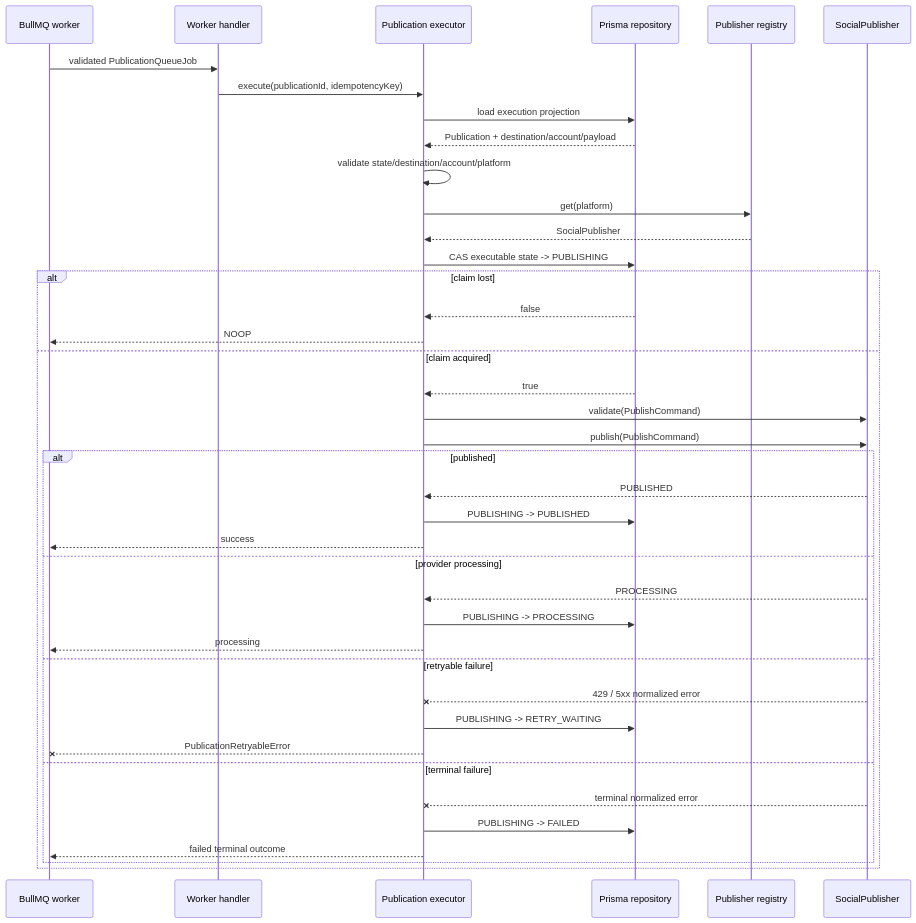
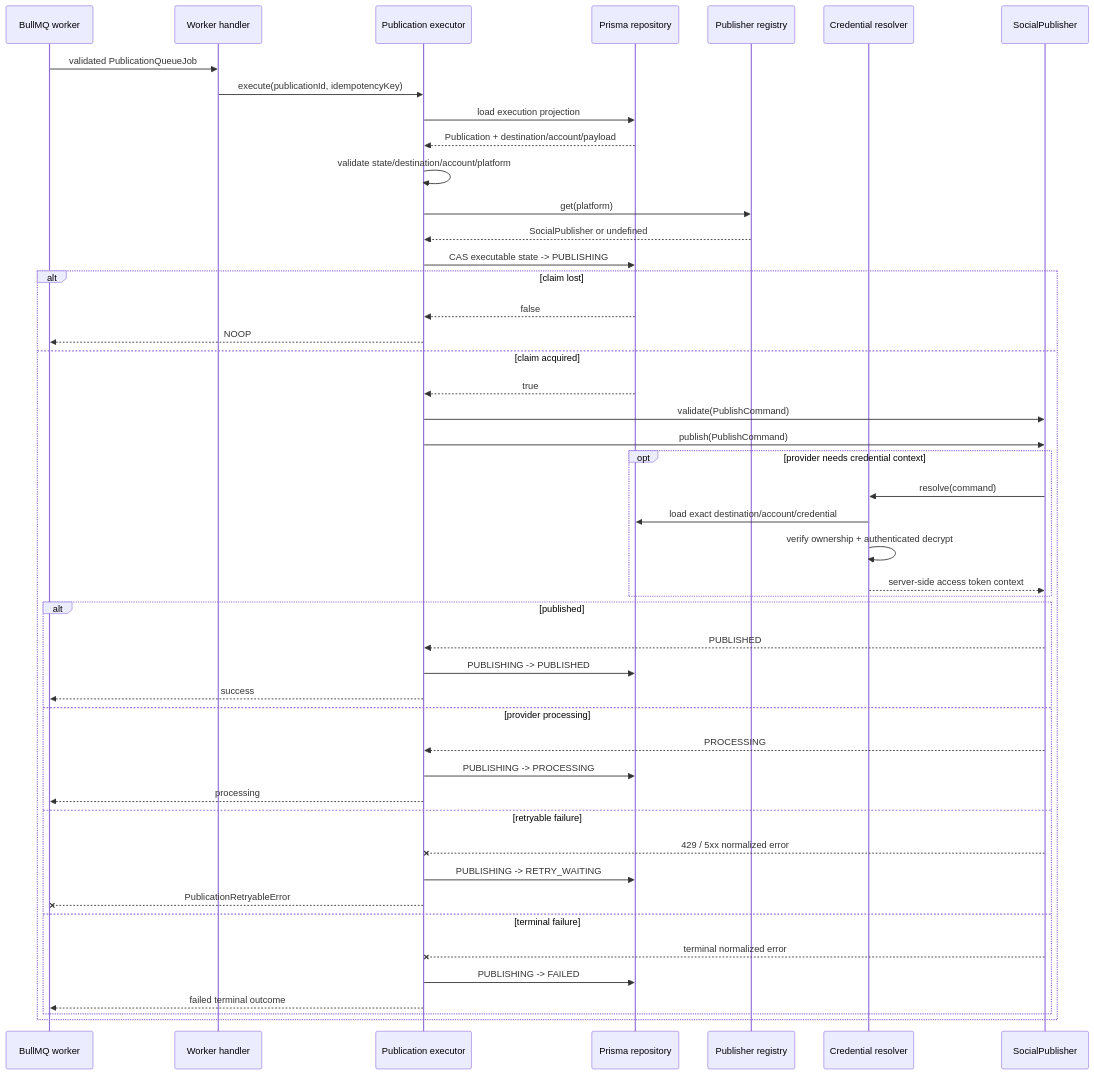
The diagram in docs/architecture/publication-execution.md (vitoo16/recruitops-platform), drawn with Mermaid before and after one commit. The commit also changed other lines of this file, not shown here.

````diff
--- a/docs/architecture/publication-execution.md
+++ b/docs/architecture/publication-execution.md
@@ -78,43 +90,50 @@
 ```mermaid
 sequenceDiagram
     participant Queue as BullMQ worker
     participant Handler as Worker handler
     participant Executor as Publication executor
     participant DB as Prisma repository
     participant Registry as Publisher registry
+    participant Resolver as Credential resolver
     participant Provider as SocialPublisher
 
     Queue->>Handler: validated PublicationQueueJob
     Handler->>Executor: execute(publicationId, idempotencyKey)
     Executor->>DB: load execution projection
     DB-->>Executor: Publication + destination/account/payload
     Executor->>Executor: validate state/destination/account/platform
     Executor->>Registry: get(platform)
-    Registry-->>Executor: SocialPublisher
+    Registry-->>Executor: SocialPublisher or undefined
     Executor->>DB: CAS executable state -> PUBLISHING
     alt claim lost
         DB-->>Executor: false
         Executor-->>Queue: NOOP
     else claim acquired
         DB-->>Executor: true
         Executor->>Provider: validate(PublishCommand)
         Executor->>Provider: publish(PublishCommand)
+        opt provider needs credential context
+            Provider->>Resolver: resolve(command)
+            Resolver->>DB: load exact destination/account/credential
+            Resolver->>Resolver: verify ownership + authenticated decrypt
+            Resolver-->>Provider: server-side access token context
+        end
         alt published
             Provider-->>Executor: PUBLISHED
             Executor->>DB: PUBLISHING -> PUBLISHED
             Executor-->>Queue: success
         else provider processing
             Provider-->>Executor: PROCESSING
             Executor->>DB: PUBLISHING -> PROCESSING
             Executor-->>Queue: processing
         else retryable failure
             Provider--xExecutor: 429 / 5xx normalized error
             Executor->>DB: PUBLISHING -> RETRY_WAITING
             Executor--xQueue: PublicationRetryableError
         else terminal failure
             Provider--xExecutor: terminal normalized error
             Executor->>DB: PUBLISHING -> FAILED
             Executor-->>Queue: failed terminal outcome
         end
     end
 ```
````
